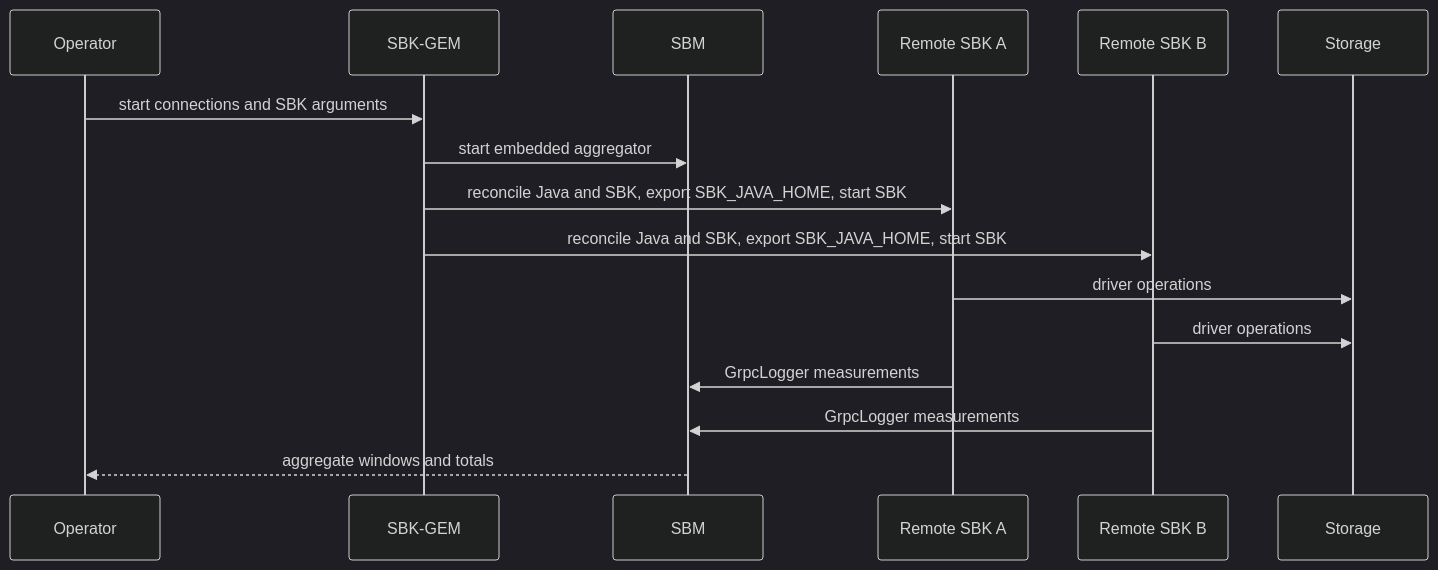
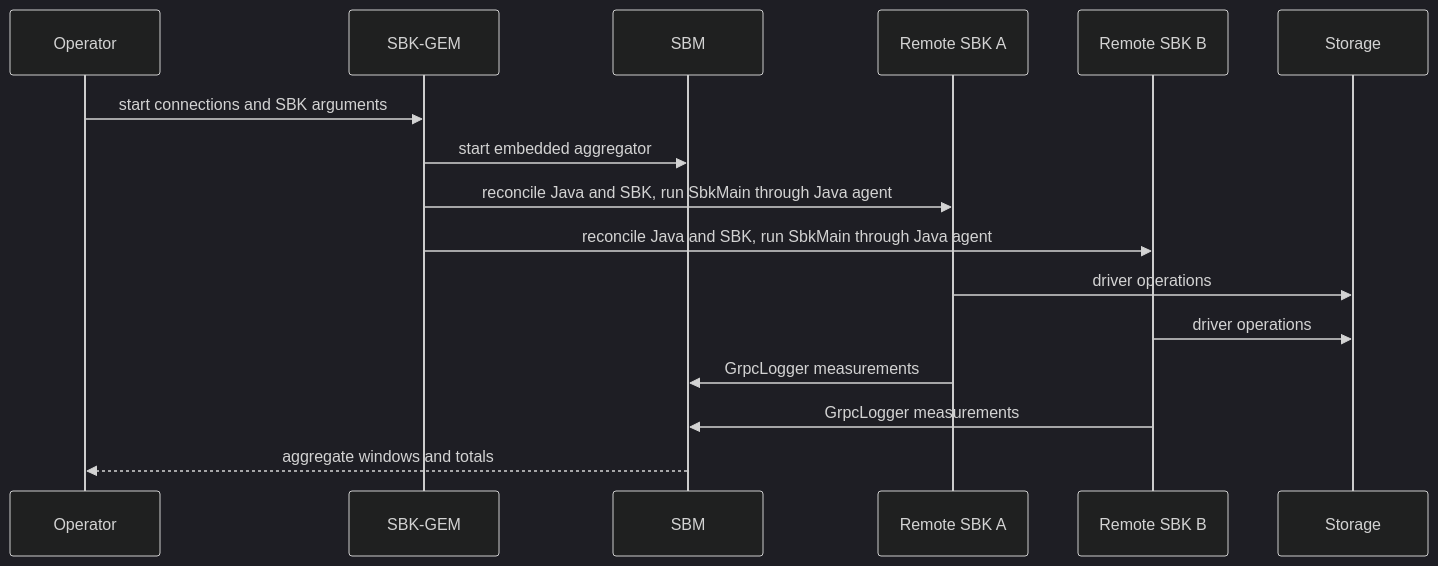
One commit to kmgowda/SBK changed the seventh of 7 diagrams in docs/ARCHITECTURE.md. Above: the diagram before and after it, drawn with Mermaid (dark theme). The commit also changed other lines of this file and 63 other files, not shown here.

Commit message:
Replace SBK-GEM shell deployment with Java agent

````diff
--- a/docs/ARCHITECTURE.md
+++ b/docs/ARCHITECTURE.md
@@ -294,19 +294,19 @@
 ```mermaid
 sequenceDiagram
     participant Operator
     participant GEM as SBK-GEM
     participant SBM
     participant HostA as Remote SBK A
     participant HostB as Remote SBK B
     participant Storage
 
     Operator->>GEM: start connections and SBK arguments
     GEM->>SBM: start embedded aggregator
-    GEM->>HostA: reconcile Java and SBK, export SBK_JAVA_HOME, start SBK
-    GEM->>HostB: reconcile Java and SBK, export SBK_JAVA_HOME, start SBK
+    GEM->>HostA: reconcile Java and SBK, run SbkMain through Java agent
+    GEM->>HostB: reconcile Java and SBK, run SbkMain through Java agent
     HostA->>Storage: driver operations
     HostB->>Storage: driver operations
     HostA->>SBM: GrpcLogger measurements
     HostB->>SBM: GrpcLogger measurements
     SBM-->>Operator: aggregate windows and totals
 ```
````
